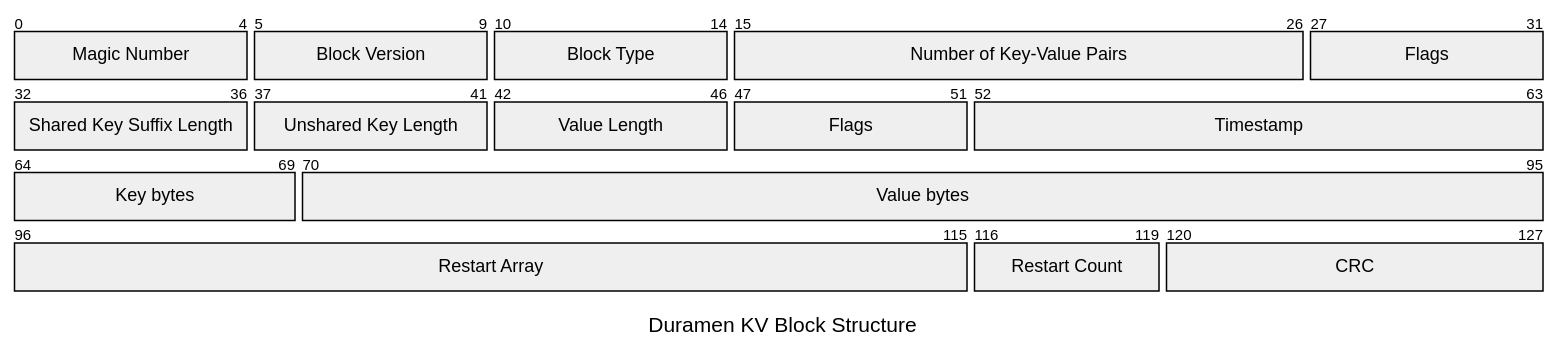
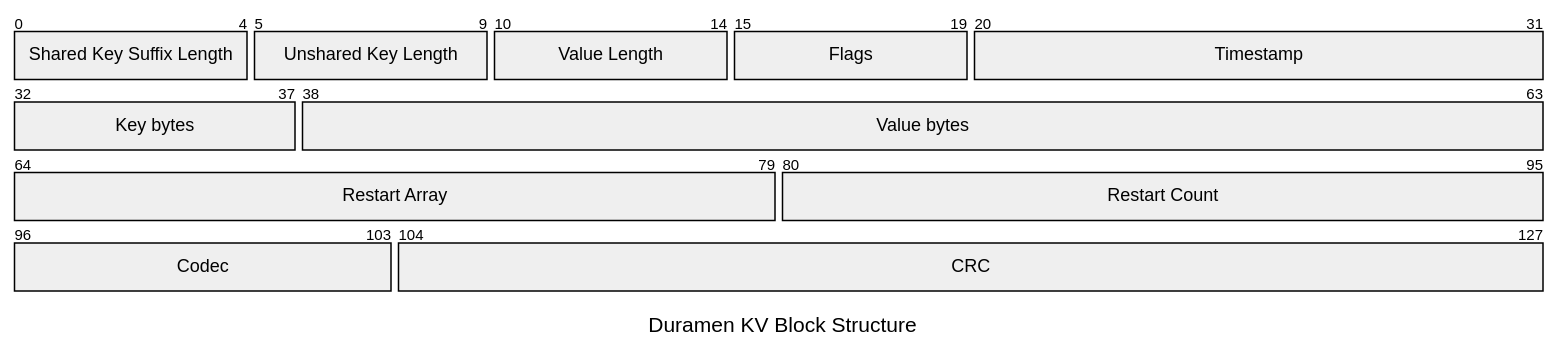
Before and after one commit to Ochibobo/lignum: the diagram in source/storage/README.md, drawn with Mermaid. The commit also changed other lines of this file, not shown here.

Commit message:
Update Block structure to include Codec + CRC

````diff
--- a/source/storage/README.md
+++ b/source/storage/README.md
@@ -179,21 +195,17 @@
 ```mermaid
 ---
 title: "Duramen KV Block Structure"
 ---
 packet
-0-4: "Magic Number"
-5-9: "Block Version"
-10-14: "Block Type"
-15-26: "Number of Key-Value Pairs"
-27-31: "Flags"
-32-36: "Shared Key Suffix Length"
-37-41: "Unshared Key Length"
-42-46: "Value Length"
-47-51: "Flags"
-52-63: "Timestamp"
-64-69: "Key bytes"
-70-95: "Value bytes"
-96-115: "Restart Array"
-116-119: "Restart Count"
-120-127: "CRC"
+0-4: "Shared Key Suffix Length"
+5-9: "Unshared Key Length"
+10-14: "Value Length"
+15-19: "Flags"
+20-31: "Timestamp"
+32-37: "Key bytes"
+38-63: "Value bytes"
+64-79: "Restart Array"
+80-95: "Restart Count"
+96-103: "Codec"
+104-127: "CRC"
 ```
````
